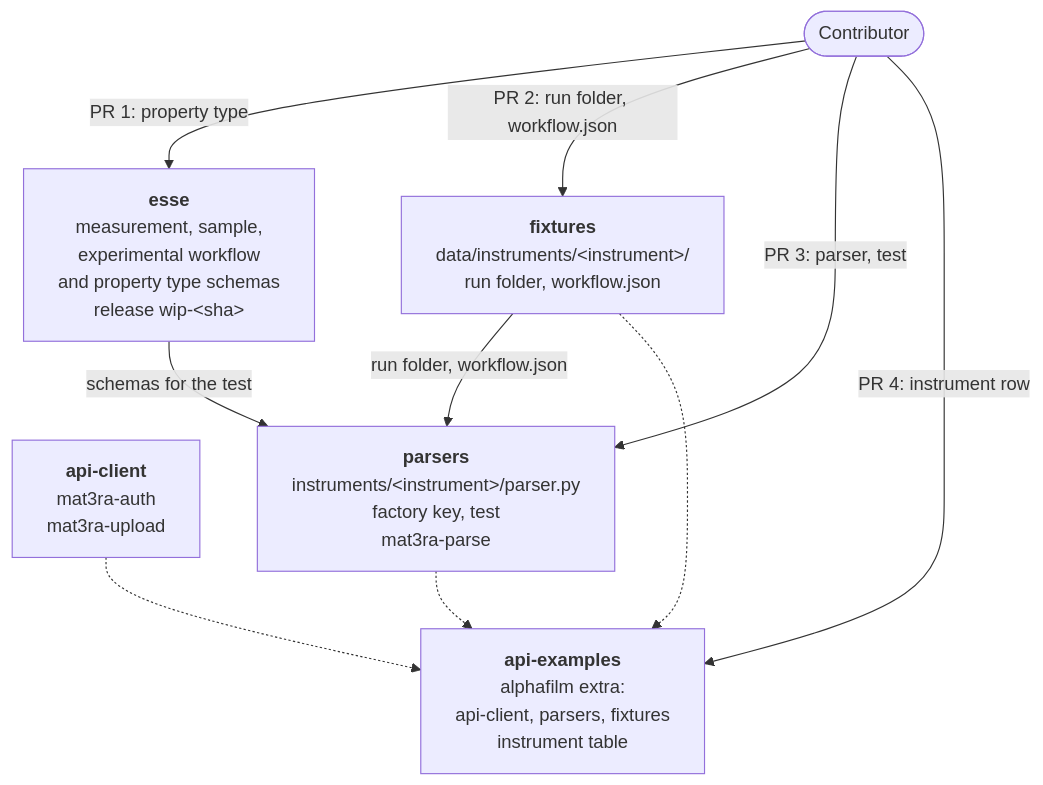
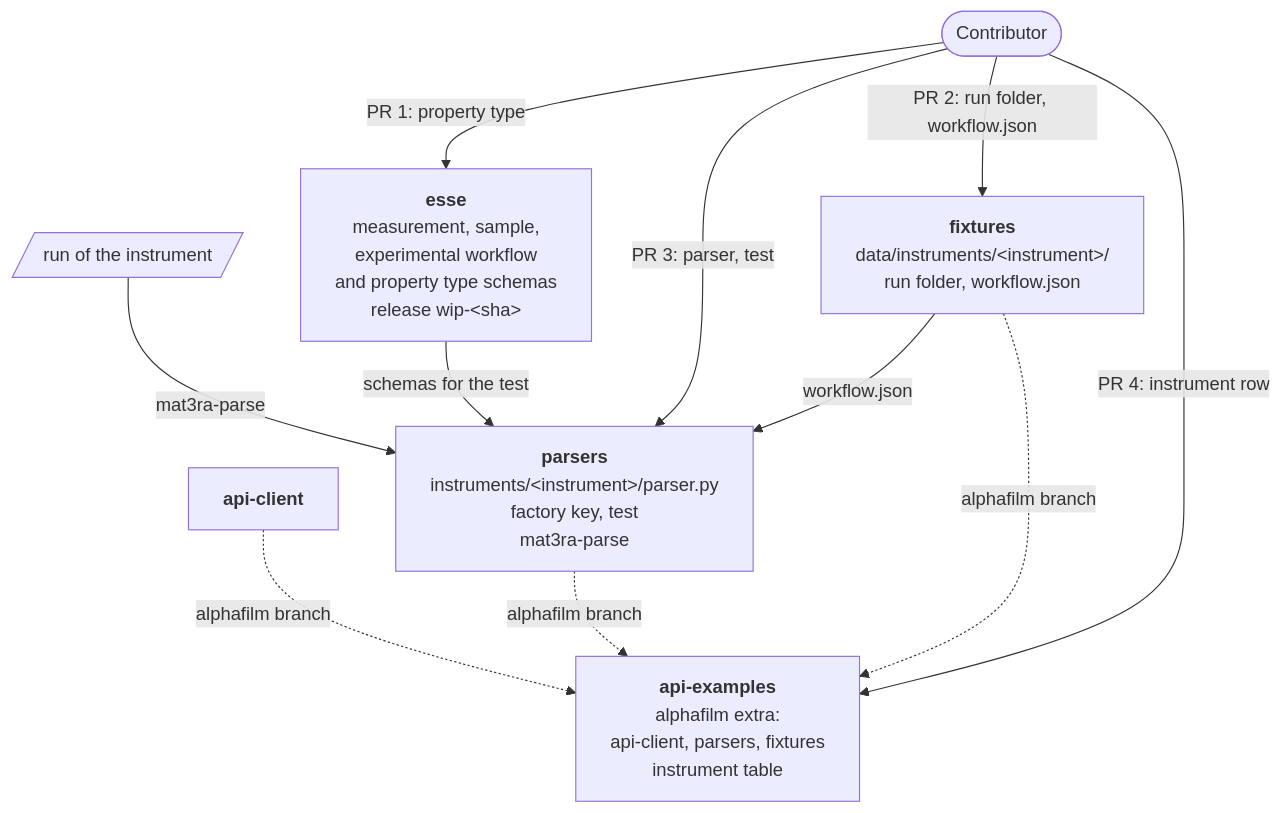
One commit to mat3ra/documentation changed the first of 2 diagrams in lang/en/docs/tutorials/experiments/contribute-experimental-data-type.md. Above: the diagram before and after it, drawn with Mermaid. The commit also changed other lines of this file, not shown here.

Commit message:
SOF-8081: contribute page — review: release requested from the team, no fork-only steps, clearer flowchart, −70 lines

````diff
--- a/lang/en/docs/tutorials/experiments/contribute-experimental-data-type.md
+++ b/lang/en/docs/tutorials/experiments/contribute-experimental-data-type.md
@@ -80,19 +72,21 @@
 ```mermaid
 flowchart TB
     Contributor(["Contributor"])
+    Run[/"run of the instrument"/]
     Esse["<b>esse</b><br/>measurement, sample,<br/>experimental workflow<br/>and property type schemas<br/>release wip-#lt;sha#gt;"]
     Fixtures["<b>fixtures</b><br/>data/instruments/#lt;instrument#gt;/<br/>run folder, workflow.json"]
-    ApiClient["<b>api-client</b><br/>mat3ra-auth<br/>mat3ra-upload"]
+    ApiClient["<b>api-client</b>"]
     Parsers["<b>parsers</b><br/>instruments/#lt;instrument#gt;/parser.py<br/>factory key, test<br/>mat3ra-parse"]
     ApiExamples["<b>api-examples</b><br/>alphafilm extra:<br/>api-client, parsers, fixtures<br/>instrument table"]
 
+    Run -->|"mat3ra-parse"| Parsers
     Contributor -->|"PR 1: property type"| Esse
+    Contributor -->|"PR 3: parser, test"| Parsers
     Contributor -->|"PR 2: run folder, workflow.json"| Fixtures
-    Contributor -->|"PR 3: parser, test"| Parsers
     Contributor -->|"PR 4: instrument row"| ApiExamples
     Esse -->|"schemas for the test"| Parsers
-    Fixtures -->|"run folder, workflow.json"| Parsers
-    Fixtures -.-> ApiExamples
-    Parsers -.-> ApiExamples
-    ApiClient -.-> ApiExamples
+    Fixtures -->|"workflow.json"| Parsers
+    Fixtures -.->|"alphafilm branch"| ApiExamples
+    Parsers -.->|"alphafilm branch"| ApiExamples
+    ApiClient -.->|"alphafilm branch"| ApiExamples
 ```
````
